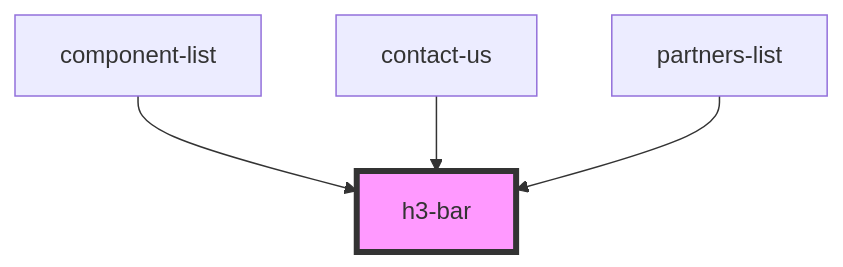
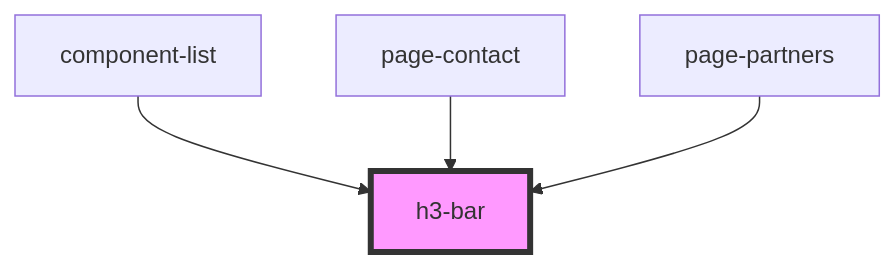
The diagram in site/src/components/h3-bar/readme.md (pizza-to-the-polls/power-the-polls), drawn with Mermaid before and after one commit. The commit also changed other lines of this file and 21 other files, not shown here.

````diff
--- a/site/src/components/h3-bar/readme.md
+++ b/site/src/components/h3-bar/readme.md
@@ -17,7 +17,7 @@
 ```mermaid
 graph TD;
   component-list --> h3-bar
-  contact-us --> h3-bar
-  partners-list --> h3-bar
+  page-contact --> h3-bar
+  page-partners --> h3-bar
   style h3-bar fill:#f9f,stroke:#333,stroke-width:4px
 ```
````
